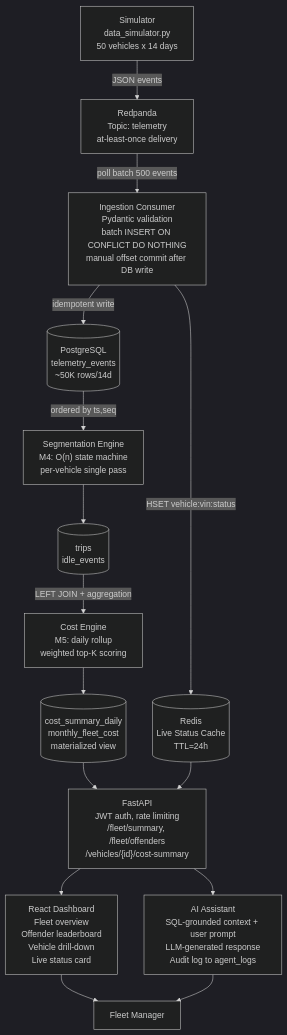
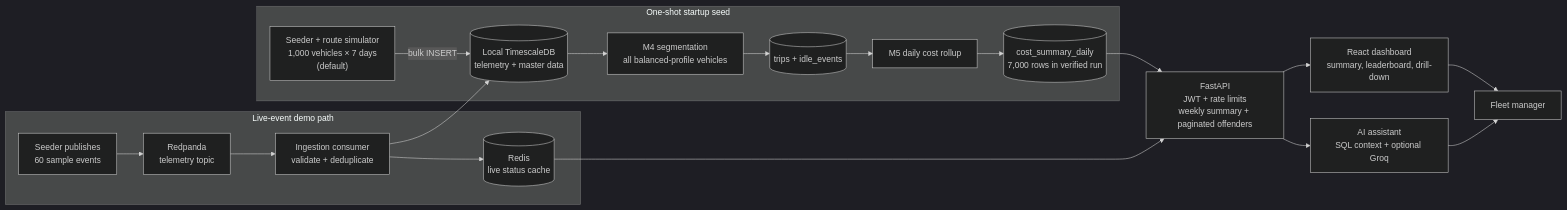
Before and after one commit to KT2006/Motorq-Hackathon: the second of 7 diagrams in docs/architecture.md, drawn with Mermaid (dark theme). The commit also changed other lines of this file and 28 other files, not shown here.

Commit message:
Improve weekly fleet demo and documentation

````diff
--- a/docs/architecture.md
+++ b/docs/architecture.md
@@ -33,26 +32,24 @@
 ```mermaid
-flowchart TD
-    SIM["Simulator\ndata_simulator.py\n50 vehicles x 14 days"] -->|JSON events| RP["Redpanda\nTopic: telemetry\nat-least-once delivery"]
+flowchart LR
+    subgraph Startup["One-shot startup seed"]
+        SIM["Seeder + route simulator\n1,000 vehicles × 7 days\n(default)"] -->|bulk INSERT| PG[("Local TimescaleDB\ntelemetry + master data")]
+        PG --> SEG["M4 segmentation\nall balanced-profile vehicles"]
+        SEG --> TRIPS[("trips + idle_events")]
+        TRIPS --> COST["M5 daily cost rollup"]
+        COST --> DAILY[("cost_summary_daily\n7,000 rows in verified run")]
+    end
 
-    RP -->|poll batch 500 events| ING["Ingestion Consumer\nPydantic validation\nbatch INSERT ON CONFLICT DO NOTHING\nmanual offset commit after DB write"]
+    subgraph Stream["Live-event demo path"]
+        PRODUCER["Seeder publishes\n60 sample events"] --> RP["Redpanda\ntelemetry topic"]
+        RP --> ING["Ingestion consumer\nvalidate + deduplicate"]
+        ING --> PG
+        ING --> RD[("Redis\nlive status cache")]
+    end
 
-    ING -->|idempotent write| PG[("PostgreSQL\ntelemetry_events\n~50K rows/14d")]
-    ING -->|HSET vehicle:vin:status| RD[("Redis\nLive Status Cache\nTTL=24h")]
-
-    PG -->|ordered by ts,seq| SEG["Segmentation Engine\nM4: O(n) state machine\nper-vehicle single pass"]
-
-    SEG --> TRIPS[("trips\nidle_events")]
-
-    TRIPS -->|LEFT JOIN + aggregation| COST["Cost Engine\nM5: daily rollup\nweighted top-K scoring"]
-
-    COST --> CSD[("cost_summary_daily\nmonthly_fleet_cost\nmaterialized view")]
-
-    CSD --> API["FastAPI\nJWT auth, rate limiting\n/fleet/summary, /fleet/offenders\n/vehicles/{id}/cost-summary"]
+    DAILY --> API["FastAPI\nJWT + rate limits\nweekly summary + paginated offenders"]
     RD --> API
-
-    API --> DASH["React Dashboard\nFleet overview\nOffender leaderboard\nVehicle drill-down\nLive status card"]
-    API --> AI["AI Assistant\nSQL-grounded context + user prompt\nLLM-generated response\nAudit log to agent_logs"]
-
-    DASH --> FM["Fleet Manager"]
-    AI --> FM
+    API --> UI["React dashboard\nsummary, leaderboard, drill-down"]
+    API --> AI["AI assistant\nSQL context + optional Groq"]
+    UI --> USER["Fleet manager"]
+    AI --> USER
 ```
````
